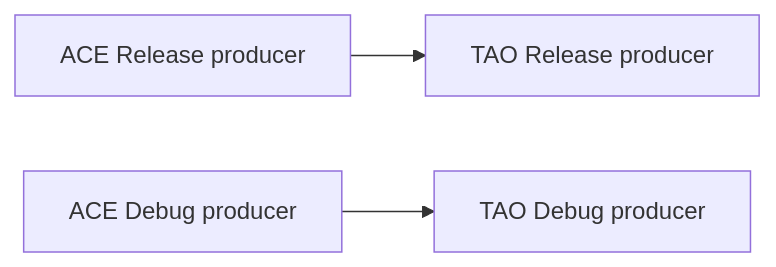
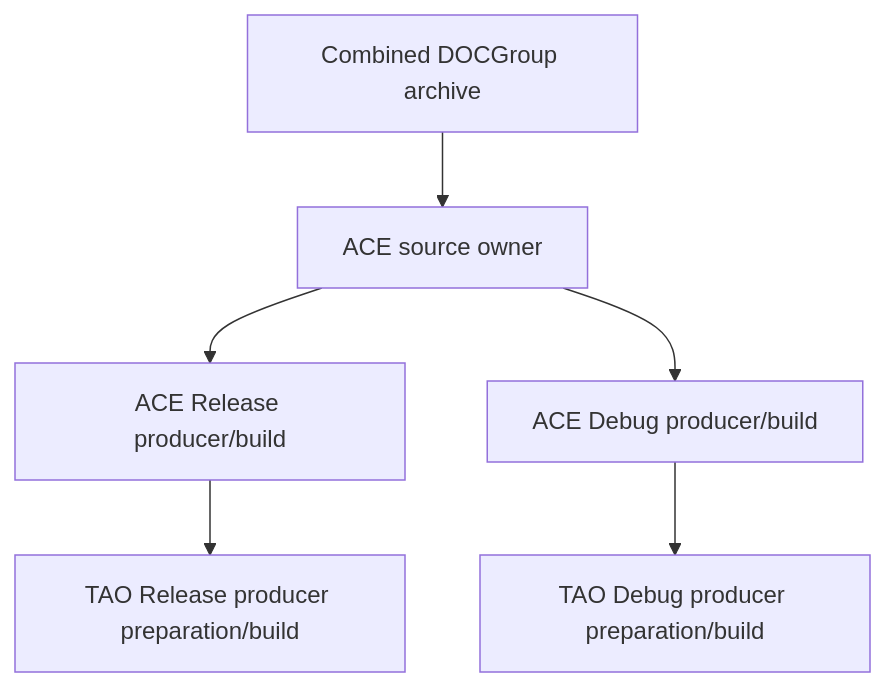
Before and after one commit to adeccscholar/BuildEngine-Admin: the second of 4 diagrams in admin/server-docs/library-extensions.md, drawn with Mermaid. The commit also changed other lines of this file, not shown here.

````diff
--- a/admin/server-docs/library-extensions.md
+++ b/admin/server-docs/library-extensions.md
@@ -195,5 +85,8 @@
 ```mermaid
-flowchart LR
-    AR[ACE Release producer] --> TR[TAO Release producer]
-    AD[ACE Debug producer] --> TD[TAO Debug producer]
+flowchart TD
+    U[Combined DOCGroup archive] --> AS[ACE source owner]
+    AS --> ABR[ACE Release producer/build]
+    AS --> ABD[ACE Debug producer/build]
+    ABR --> TPR[TAO Release producer preparation/build]
+    ABD --> TPD[TAO Debug producer preparation/build]
 ```
````
